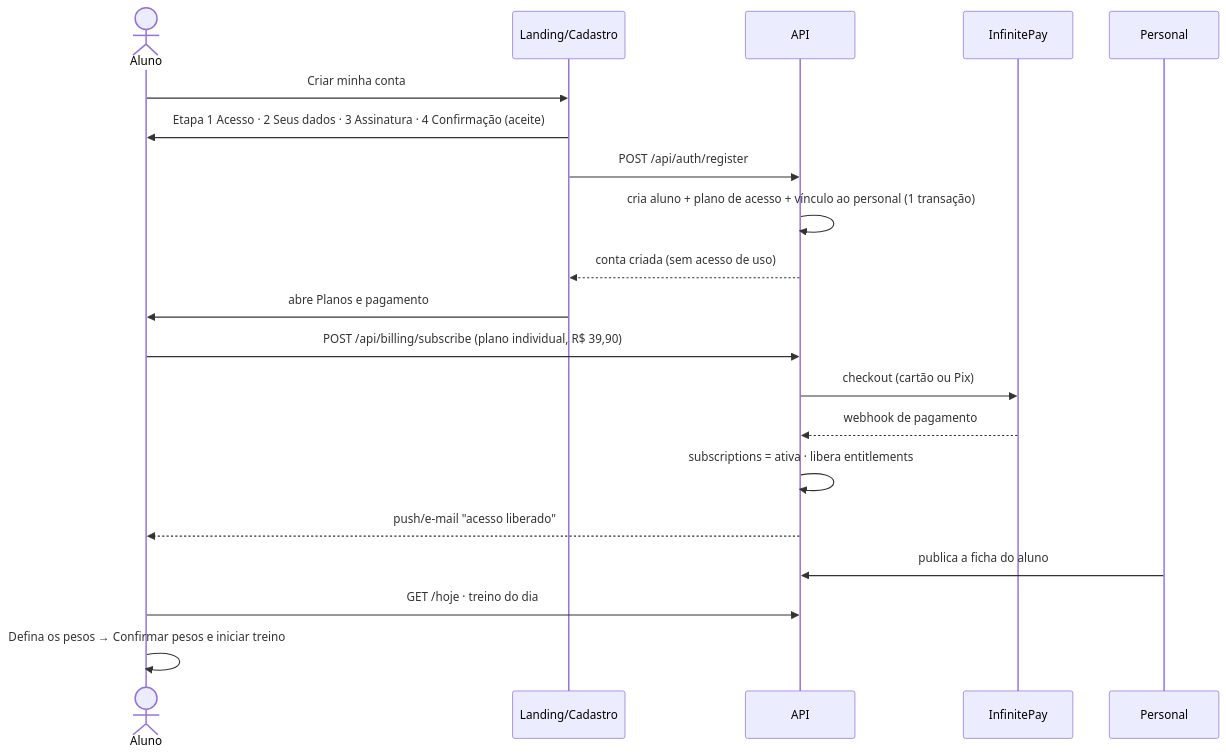
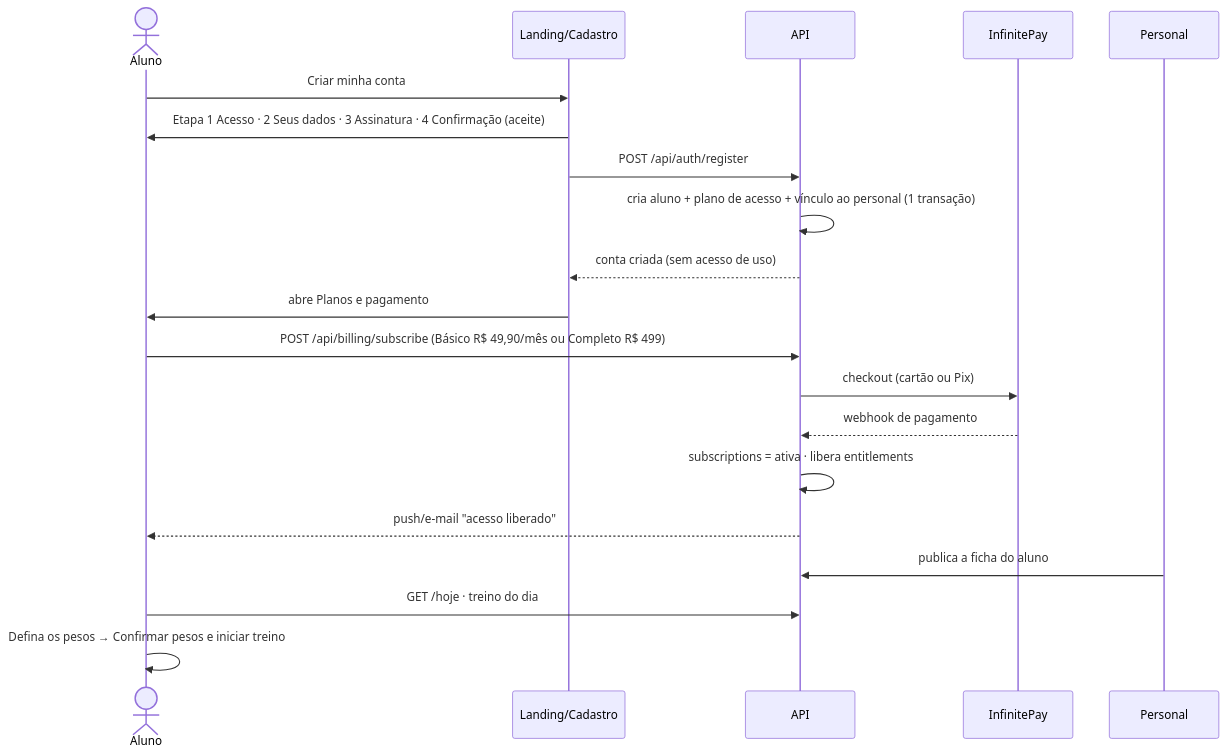
One commit to Trindadelucas0/projetovitor changed the sixth of 12 diagrams in docs/PRD-PROJETO-VITOR.md. Above: the diagram before and after it, drawn with Mermaid. The commit also changed other lines of this file and 44 other files, not shown here.

````diff
--- a/docs/PRD-PROJETO-VITOR.md
+++ b/docs/PRD-PROJETO-VITOR.md
@@ -473,23 +476,23 @@
 ```mermaid
 sequenceDiagram
   actor A as Aluno
   participant L as Landing/Cadastro
   participant API as API
   participant PAY as InfinitePay
   participant P as Personal
 
   A->>L: Criar minha conta
   L->>A: Etapa 1 Acesso · 2 Seus dados · 3 Assinatura · 4 Confirmação (aceite)
   L->>API: POST /api/auth/register
   API->>API: cria aluno + plano de acesso + vínculo ao personal (1 transação)
   API-->>L: conta criada (sem acesso de uso)
   L->>A: abre Planos e pagamento
-  A->>API: POST /api/billing/subscribe (plano individual, R$ 39,90)
+  A->>API: POST /api/billing/subscribe (Básico R$ 49,90/mês ou Completo R$ 499)
   API->>PAY: checkout (cartão ou Pix)
   PAY-->>API: webhook de pagamento
   API->>API: subscriptions = ativa · libera entitlements
   API-->>A: push/e-mail "acesso liberado"
   P->>API: publica a ficha do aluno
   A->>API: GET /hoje · treino do dia
   A->>A: Defina os pesos → Confirmar pesos e iniciar treino
 ```
````
